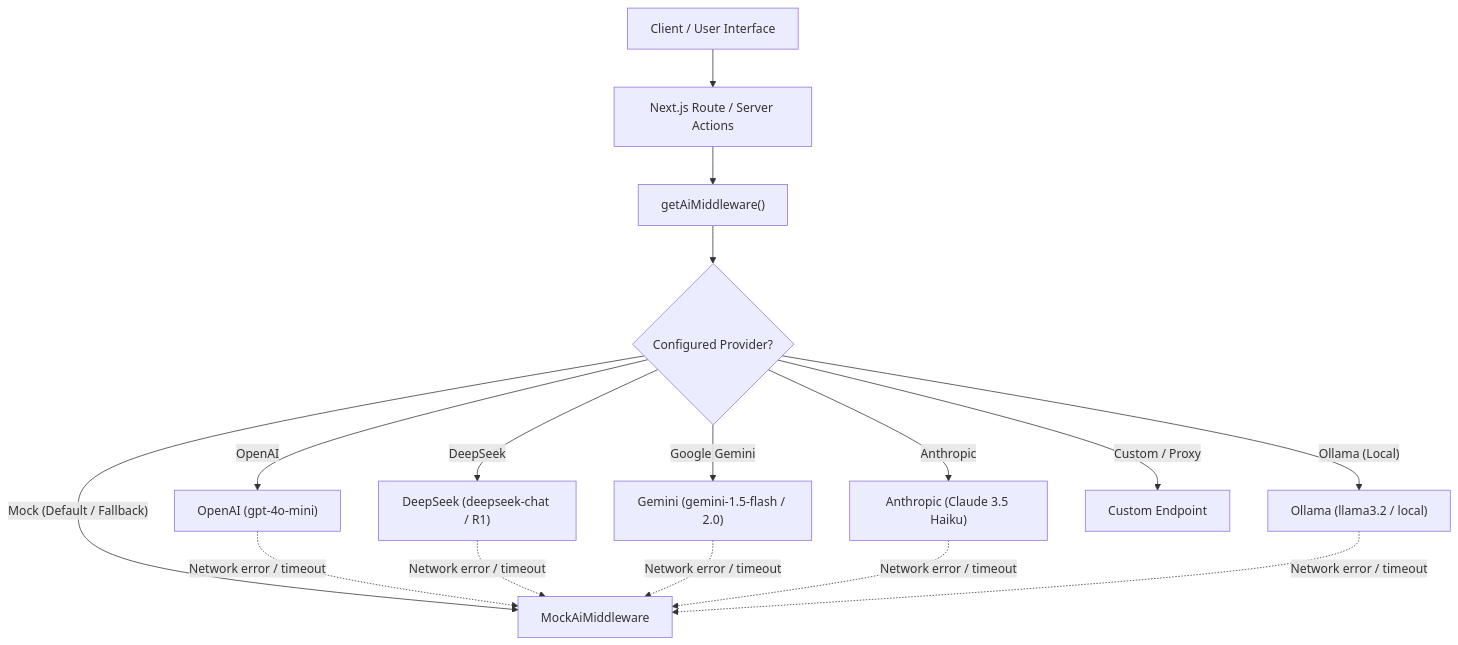
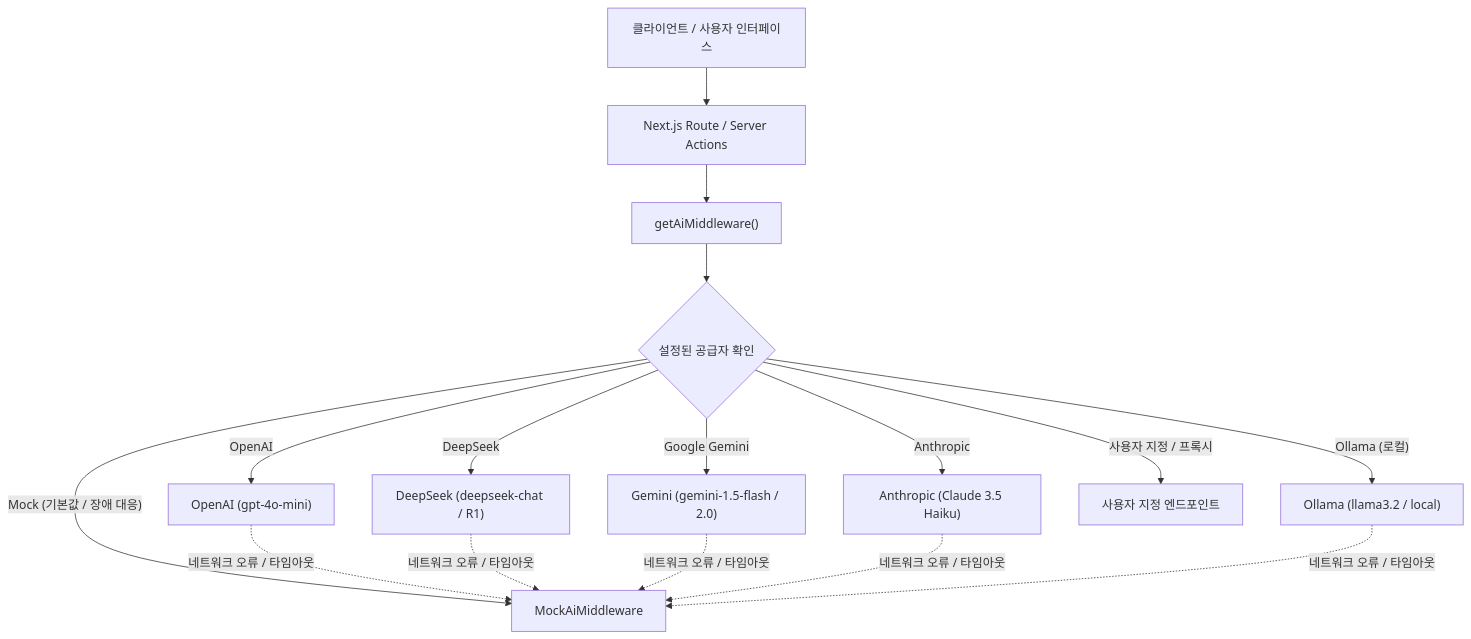
Before and after one commit to Flyrder/46Hz: the diagram in docs/46hz_ai_intelligence_system.md, drawn with Mermaid. The commit also changed other lines of this file and 3 other files, not shown here.

````diff
--- a/docs/46hz_ai_intelligence_system.md
+++ b/docs/46hz_ai_intelligence_system.md
@@ -16,18 +18,18 @@
 ```mermaid
 flowchart TD
-    Client["Client / User Interface"] --> API["Next.js Route / Server Actions"]
+    Client["클라이언트 / 사용자 인터페이스"] --> API["Next.js Route / Server Actions"]
     API --> Gateway["getAiMiddleware()"]
-    Gateway --> CheckConfig{"Configured Provider?"}
-    CheckConfig -->|"Mock (Default / Fallback)"| Mock["MockAiMiddleware"]
+    Gateway --> CheckConfig{"설정된 공급자 확인"}
+    CheckConfig -->|"Mock (기본값 / 장애 대응)"| Mock["MockAiMiddleware"]
     CheckConfig -->|"OpenAI"| OpenAI["OpenAI (gpt-4o-mini)"]
     CheckConfig -->|"DeepSeek"| DeepSeek["DeepSeek (deepseek-chat / R1)"]
     CheckConfig -->|"Google Gemini"| Gemini["Gemini (gemini-1.5-flash / 2.0)"]
     CheckConfig -->|"Anthropic"| Claude["Anthropic (Claude 3.5 Haiku)"]
-    CheckConfig -->|"Ollama (Local)"| Ollama["Ollama (llama3.2 / local)"]
-    CheckConfig -->|"Custom / Proxy"| Custom["Custom Endpoint"]
-    OpenAI -.->|Network error / timeout| Mock
-    DeepSeek -.->|Network error / timeout| Mock
-    Gemini -.->|Network error / timeout| Mock
-    Claude -.->|Network error / timeout| Mock
-    Ollama -.->|Network error / timeout| Mock
+    CheckConfig -->|"Ollama (로컬)"| Ollama["Ollama (llama3.2 / local)"]
+    CheckConfig -->|"사용자 지정 / 프록시"| Custom["사용자 지정 엔드포인트"]
+    OpenAI -.->|네트워크 오류 / 타임아웃| Mock
+    DeepSeek -.->|네트워크 오류 / 타임아웃| Mock
+    Gemini -.->|네트워크 오류 / 타임아웃| Mock
+    Claude -.->|네트워크 오류 / 타임아웃| Mock
+    Ollama -.->|네트워크 오류 / 타임아웃| Mock
 ```
````
